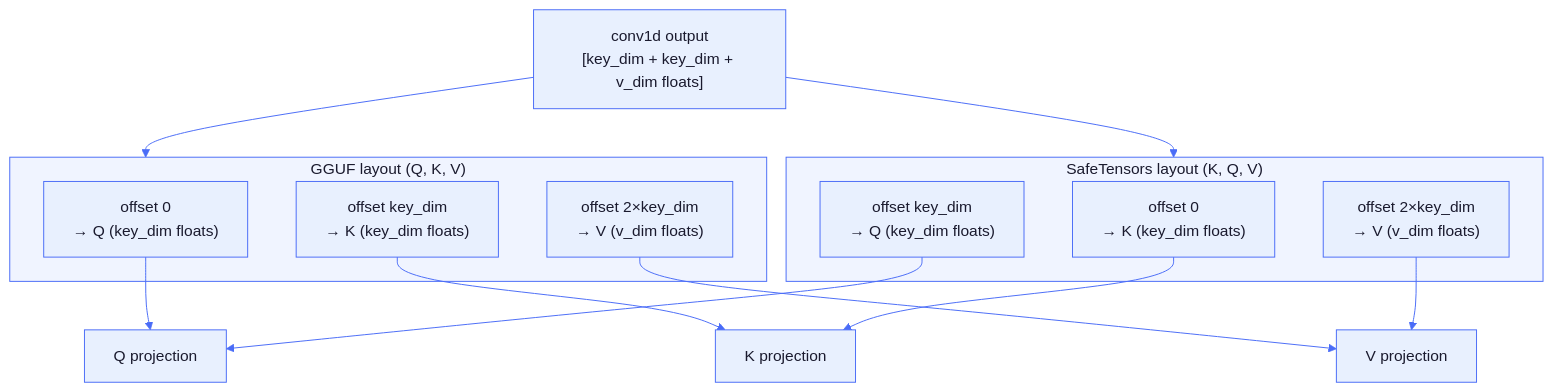
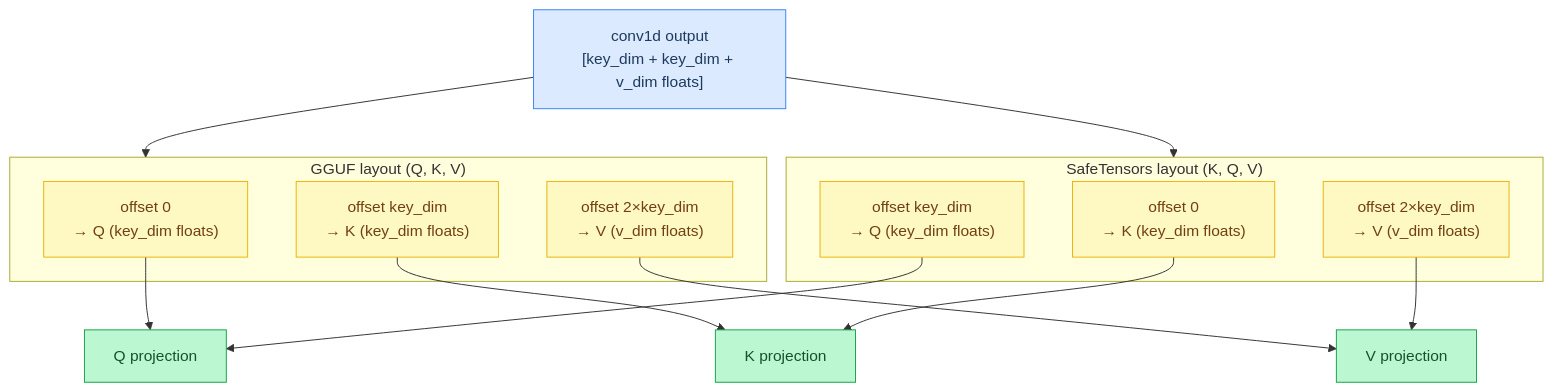
Before and after one commit to maci0/agave: the second of 9 diagrams in docs/tutorial/14-format-conventions.md, drawn with Mermaid. The commit also changed other lines of this file and 24 other files, not shown here.

First line of the commit message:
docs: convert all mermaid diagrams to classDef semantic colors

````diff
--- a/docs/tutorial/14-format-conventions.md
+++ b/docs/tutorial/14-format-conventions.md
@@ -97,40 +96,42 @@
 ```mermaid
-%%{init: {'theme': 'base', 'themeVariables': {
-  'primaryColor': '#e8f0fe',
-  'primaryTextColor': '#1a1a2e',
-  'primaryBorderColor': '#4a6cf7',
-  'lineColor': '#4a6cf7',
-  'secondaryColor': '#f0f4ff',
-  'tertiaryColor': '#f8f9ff',
-  'edgeLabelBackground': '#ffffff',
-  'clusterBkg': '#f0f4ff',
-  'clusterBorder': '#4a6cf7',
-  'titleColor': '#1a1a2e',
-  'nodeTextColor': '#1a1a2e',
-  'fontFamily': 'ui-monospace, SFMono-Regular, monospace'
-}}}%%
 flowchart TD
-    Conv["conv1d output\n[key_dim + key_dim + v_dim floats]"]
+    classDef setup     fill:#dbeafe,stroke:#3b82f6,color:#1e3a5f
+    classDef sync      fill:#dcfce7,stroke:#22c55e,color:#14532d
+    classDef migration fill:#fef9c3,stroke:#eab308,color:#713f12
+    classDef success   fill:#bbf7d0,stroke:#16a34a,color:#14532d
+    classDef danger    fill:#fee2e2,stroke:#ef4444,color:#7f1d1d
+    classDef optional  fill:#f3e8ff,stroke:#9333ea,color:#581c87
+
+    Conv["conv1d output\n[key_dim + key_dim + v_dim floats]"]:::setup
+    G0["offset 0\n→ Q  (key_dim floats)"]:::migration
+    G1["offset key_dim\n→ K  (key_dim floats)"]:::migration
+    G2["offset 2×key_dim\n→ V  (v_dim floats)"]:::migration
+    H0["offset 0\n→ K  (key_dim floats)"]:::migration
+    H1["offset key_dim\n→ Q  (key_dim floats)"]:::migration
+    H2["offset 2×key_dim\n→ V  (v_dim floats)"]:::migration
+    QProj["Q projection"]:::success
+    KProj["K projection"]:::success
+    VProj["V projection"]:::success
 
     Conv --> GGUF_Layout
     Conv --> HF_Layout
 
     subgraph GGUF_Layout["GGUF layout  (Q, K, V)"]
-        G0["offset 0\n→ Q  (key_dim floats)"]
-        G1["offset key_dim\n→ K  (key_dim floats)"]
-        G2["offset 2×key_dim\n→ V  (v_dim floats)"]
+        G0
+        G1
+        G2
     end
 
     subgraph HF_Layout["SafeTensors layout  (K, Q, V)"]
-        H0["offset 0\n→ K  (key_dim floats)"]
-        H1["offset key_dim\n→ Q  (key_dim floats)"]
-        H2["offset 2×key_dim\n→ V  (v_dim floats)"]
+        H0
+        H1
+        H2
     end
 
-    G0 --> QProj["Q projection"]
-    G1 --> KProj["K projection"]
-    G2 --> VProj["V projection"]
+    G0 --> QProj
+    G1 --> KProj
+    G2 --> VProj
     H1 --> QProj
     H0 --> KProj
     H2 --> VProj
 ```
````
